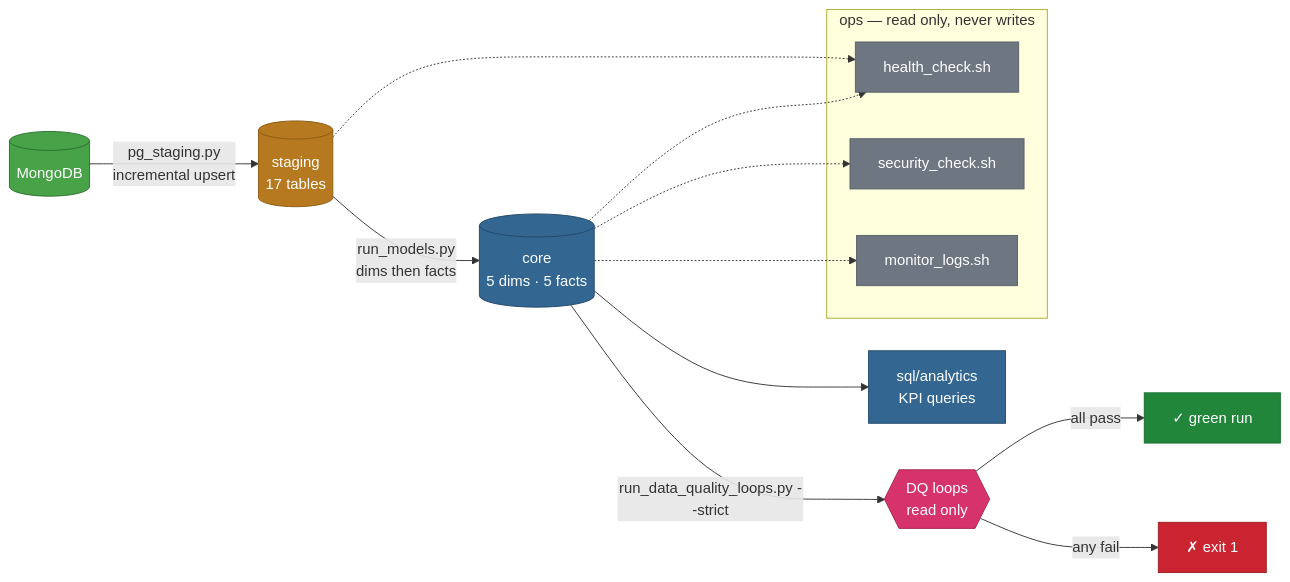
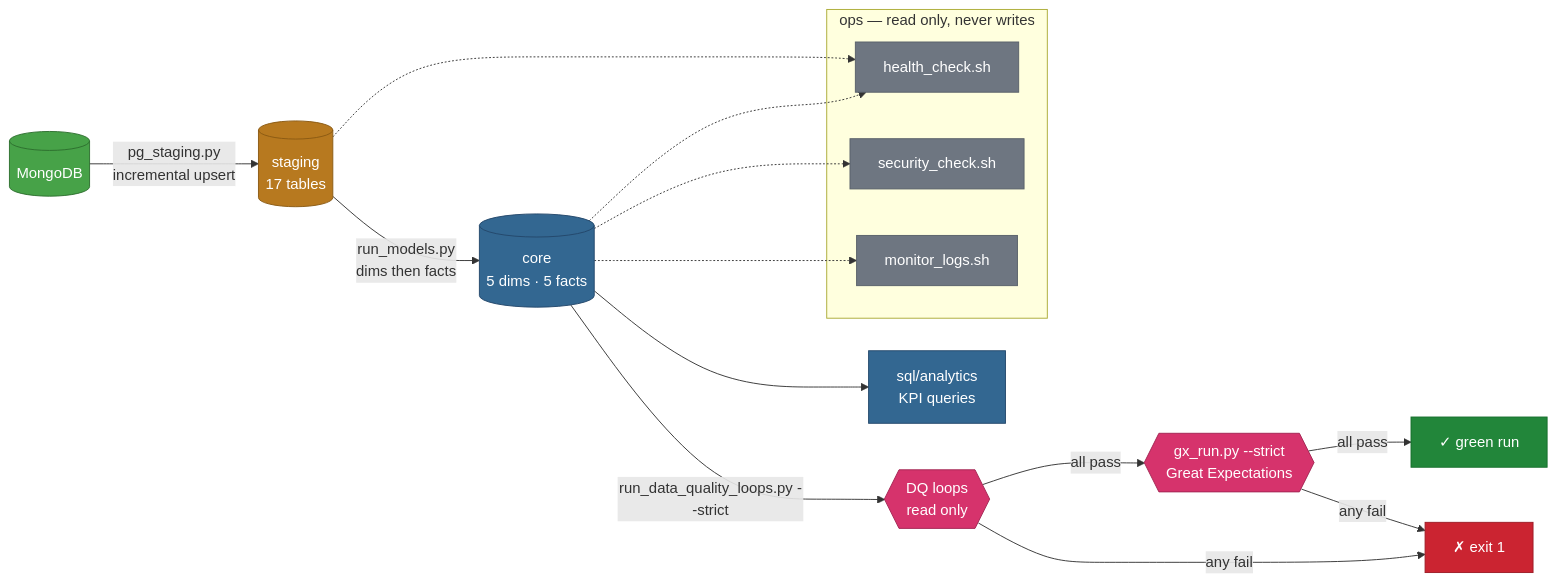
One commit to Nitinx12/Data-Modelling changed the diagram in README.md. Above: the diagram before and after it, drawn with Mermaid. The commit also changed other lines of this file and 21 other files, not shown here.

First line of the commit message:
feat(quality): add Great Expectations gate to the pipeline

````diff
--- a/README.md
+++ b/README.md
@@ -42,36 +42,38 @@
 ```mermaid
 flowchart LR
     M[("MongoDB")] -->|"pg_staging.py<br/>incremental upsert"| S[("staging<br/>17 tables")]
     S -->|"run_models.py<br/>dims then facts"| C[("core<br/>5 dims · 5 facts")]
     C -->|"run_data_quality_loops.py --strict"| Q{{"DQ loops<br/>read only"}}
-    Q -->|"all pass"| G["✓ green run"]
-    Q -->|"any fail"| F["✗ exit 1"]
+    Q -->|"all pass"| GX{{"gx_run.py --strict<br/>Great Expectations"}}
+    GX -->|"all pass"| G["✓ green run"]
+    GX -->|"any fail"| F["✗ exit 1"]
+    Q -->|"any fail"| F
     C --> A["sql/analytics<br/>KPI queries"]
 
     subgraph OPSBOX ["ops — read only, never writes"]
         H["health_check.sh"]
         SC["security_check.sh"]
         L["monitor_logs.sh"]
     end
 
     S -.-> H
     C -.-> H
     C -.-> SC
     C -.-> L
 
     classDef source fill:#47A248,stroke:#2d6e2e,color:#fff
     classDef stage fill:#B7791F,stroke:#8a5a13,color:#fff
     classDef core fill:#336791,stroke:#24486b,color:#fff
     classDef dq fill:#D6336C,stroke:#a32653,color:#fff
     classDef ok fill:#22863A,stroke:#176f2c,color:#fff
     classDef bad fill:#CB2431,stroke:#9d1c26,color:#fff
     classDef ops fill:#6E7681,stroke:#586069,color:#fff
 
     class M source
     class S stage
     class C,A core
-    class Q dq
+    class Q,GX dq
     class G ok
     class F bad
     class H,SC,L ops
 ```
````
